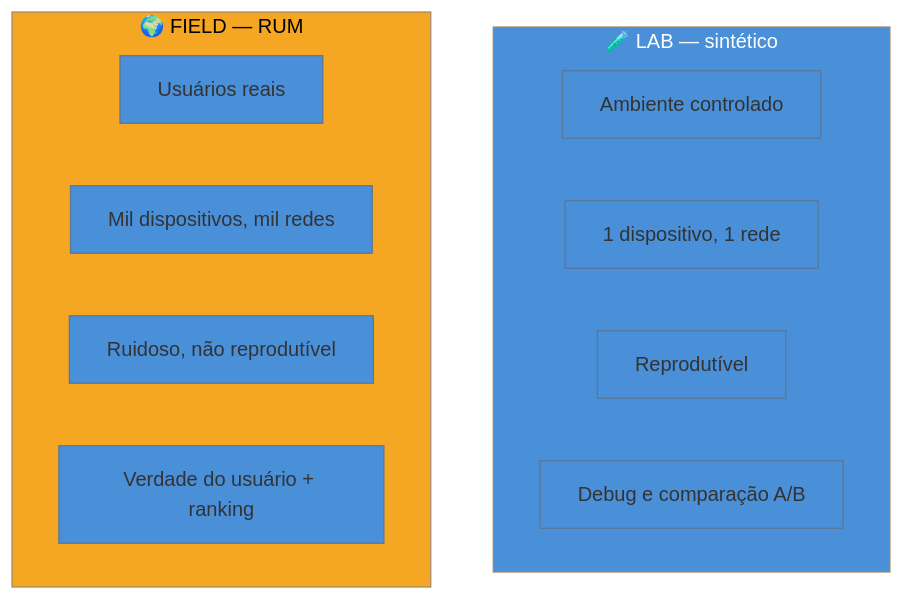
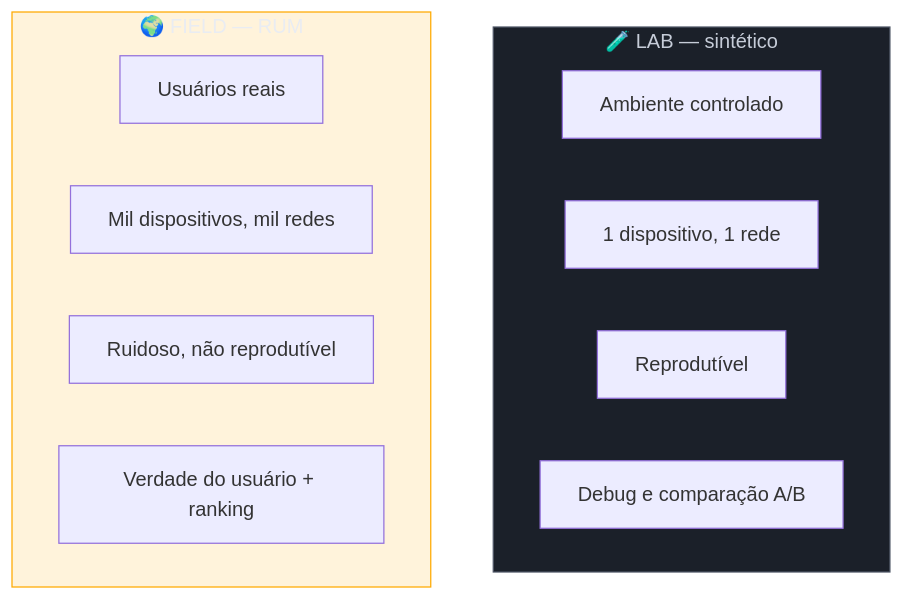
The diagram in 03-Dominios/Tecnologia/Web Performance/Medição e Core Web Vitals/03 - Lab vs Field.md (josenaldo/codex-technomanticus), drawn with Mermaid before and after one commit. The commit also changed 1181 other files, not shown here.

First line of the commit message:
fix(diagramas): paleta do sistema no lugar de cor cravada no markdown

````diff
--- a/03-Dominios/Tecnologia/Web Performance/Medição e Core Web Vitals/03 - Lab vs Field.md
+++ b/03-Dominios/Tecnologia/Web Performance/Medição e Core Web Vitals/03 - Lab vs Field.md
@@ -29,18 +29,19 @@
 ```mermaid
-%%{init: {"theme": "base", "themeVariables": {"primaryColor": "#4A90D9"}}}%%
 graph TB
+    classDef neutro fill:#1B2029,stroke:#4E5666,color:#C6CCD8
+    classDef destaque fill:#FFAA0024,stroke:#FFAA00,color:#E9ECF2
     subgraph LAB["🧪 LAB — sintético"]
         L1[Ambiente controlado]
         L2[1 dispositivo, 1 rede]
         L3[Reprodutível]
         L4[Debug e comparação A/B]
     end
     subgraph FIELD["🌍 FIELD — RUM"]
         F1[Usuários reais]
         F2[Mil dispositivos, mil redes]
         F3[Ruidoso, não reprodutível]
         F4[Verdade do usuário + ranking]
     end
-    style LAB fill:#4A90D9,color:#fff
-    style FIELD fill:#F5A623,color:#000
+    class LAB neutro
+    class FIELD destaque
 ```
````
